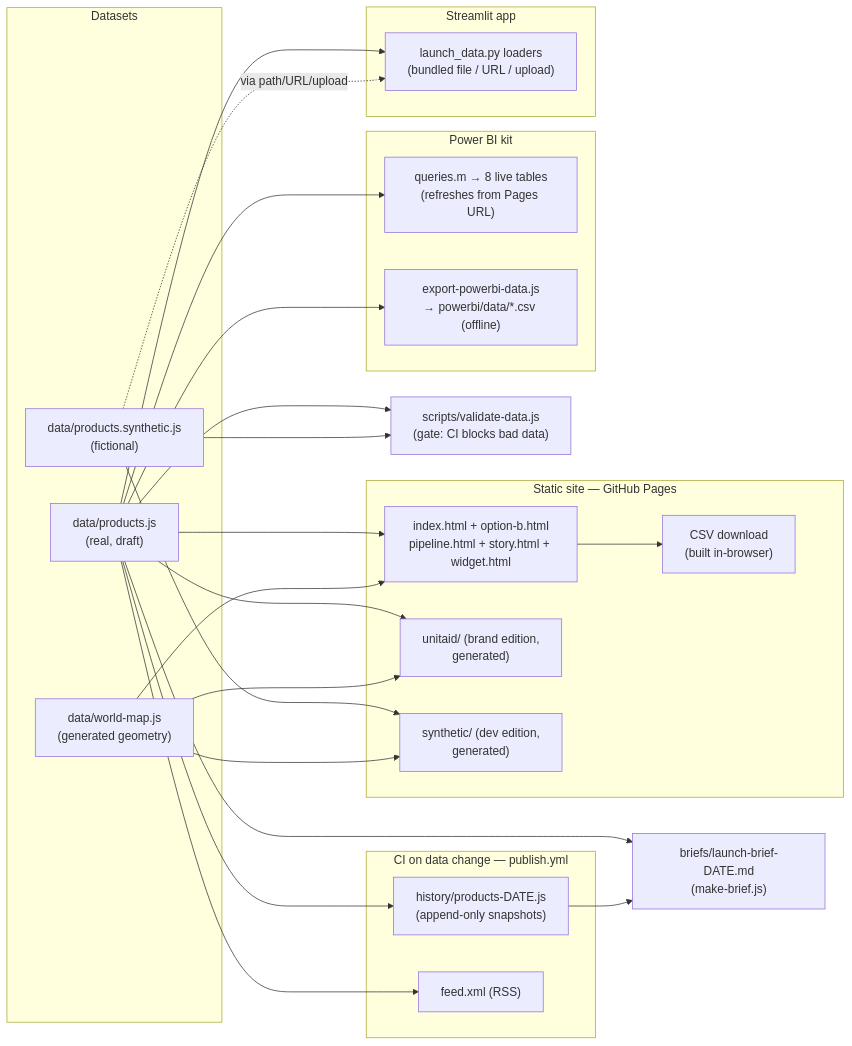
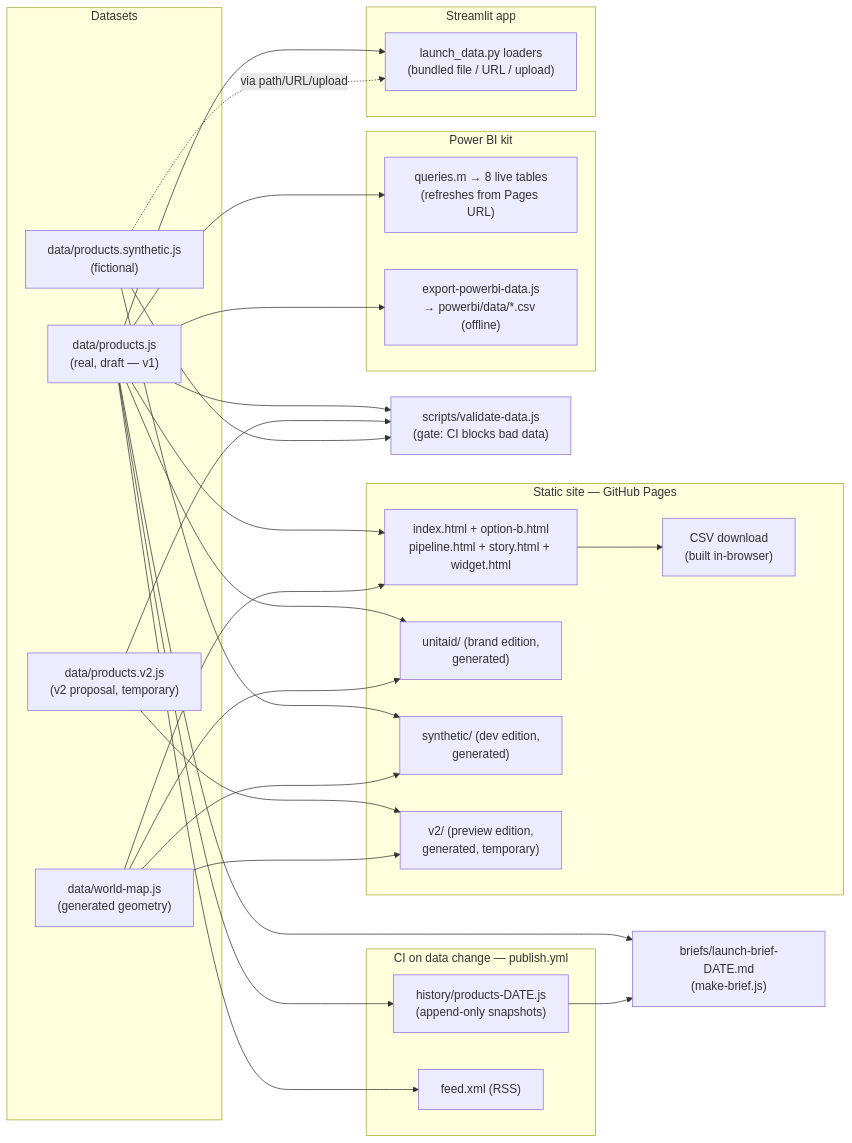
The second of 2 diagrams in docs/data-model.md (kochrisdev/launch-transparency-dashboard), drawn with Mermaid before and after one commit. The commit also changed 5 other files, not shown here.

First line of the commit message:
Document the v2 preview edition across the doc set

````diff
--- a/docs/data-model.md
+++ b/docs/data-model.md
@@ -148,50 +148,55 @@
 ```mermaid
 flowchart LR
     subgraph sources [Datasets]
-        REAL["data/products.js<br/>(real, draft)"]
+        REAL["data/products.js<br/>(real, draft — v1)"]
+        V2D["data/products.v2.js<br/>(v2 proposal, temporary)"]
         SYN["data/products.synthetic.js<br/>(fictional)"]
         MAP["data/world-map.js<br/>(generated geometry)"]
     end
 
     V["scripts/validate-data.js<br/>(gate: CI blocks bad data)"]
     REAL --> V
+    V2D --> V
     SYN --> V
 
     subgraph static [Static site — GitHub Pages]
         A["index.html + option-b.html<br/>pipeline.html + story.html + widget.html"]
         U["unitaid/ (brand edition,<br/>generated)"]
         S["synthetic/ (dev edition,<br/>generated)"]
+        V2E["v2/ (preview edition,<br/>generated, temporary)"]
         CSVDL["CSV download<br/>(built in-browser)"]
     end
     REAL --> A
     REAL --> U
     SYN --> S
+    V2D --> V2E
     MAP --> A
     MAP --> U
     MAP --> S
+    MAP --> V2E
     A --> CSVDL
 
     subgraph ci [CI on data change — publish.yml]
         H["history/products-DATE.js<br/>(append-only snapshots)"]
         F["feed.xml (RSS)"]
     end
     REAL --> H
     REAL --> F
 
     B["briefs/launch-brief-DATE.md<br/>(make-brief.js)"]
     REAL --> B
     H --> B
 
     subgraph pbi [Power BI kit]
         Q["queries.m → 8 live tables<br/>(refreshes from Pages URL)"]
         E["export-powerbi-data.js<br/>→ powerbi/data/*.csv (offline)"]
     end
     REAL --> Q
     REAL --> E
 
     subgraph st [Streamlit app]
         L["launch_data.py loaders<br/>(bundled file / URL / upload)"]
     end
     REAL --> L
     SYN -. "via path/URL/upload" .-> L
 ```
````
